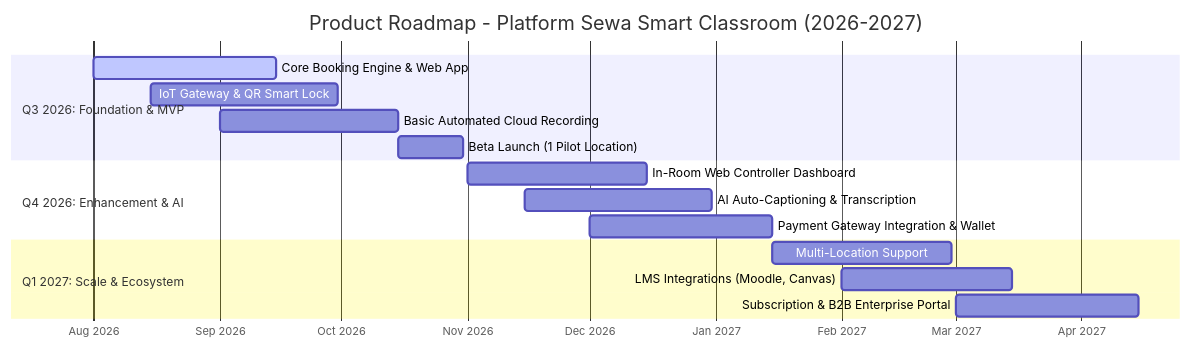
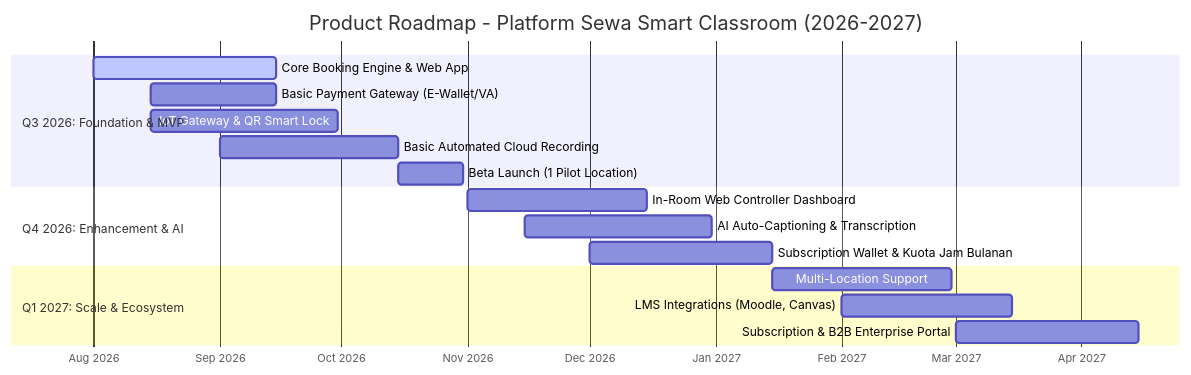
One commit to hudsam/vc-classroom changed the second of 3 diagrams in docs/01_ProductDiscovery.md. Above: the diagram before and after it, drawn with Mermaid. The commit also changed other lines of this file, not shown here.

````diff
--- a/docs/01_ProductDiscovery.md
+++ b/docs/01_ProductDiscovery.md
@@ -171,22 +221,23 @@
 ```mermaid
 gantt
     title Product Roadmap - Platform Sewa Smart Classroom (2026-2027)
     dateFormat  YYYY-MM-DD
     axisFormat  %b %Y
 
     section Q3 2026: Foundation & MVP
     Core Booking Engine & Web App        :active, m1, 2026-08-01, 2026-09-15
+    Basic Payment Gateway (E-Wallet/VA)  :m1b, 2026-08-15, 2026-09-15
     IoT Gateway & QR Smart Lock          :m2, 2026-08-15, 2026-09-30
     Basic Automated Cloud Recording      :m3, 2026-09-01, 2026-10-15
     Beta Launch (1 Pilot Location)       :m4, 2026-10-15, 2026-10-31
 
     section Q4 2026: Enhancement & AI
     In-Room Web Controller Dashboard     :e1, 2026-11-01, 2026-12-15
     AI Auto-Captioning & Transcription  :e2, 2026-11-15, 2026-12-31
-    Payment Gateway Integration & Wallet :e3, 2026-12-01, 2027-01-15
+    Subscription Wallet & Kuota Jam Bulanan :e3, 2026-12-01, 2027-01-15
 
     section Q1 2027: Scale & Ecosystem
     Multi-Location Support               :s1, 2027-01-15, 2027-02-28
     LMS Integrations (Moodle, Canvas)    :s2, 2027-02-01, 2027-03-15
     Subscription & B2B Enterprise Portal :s3, 2027-03-01, 2027-04-15
 ```
````
